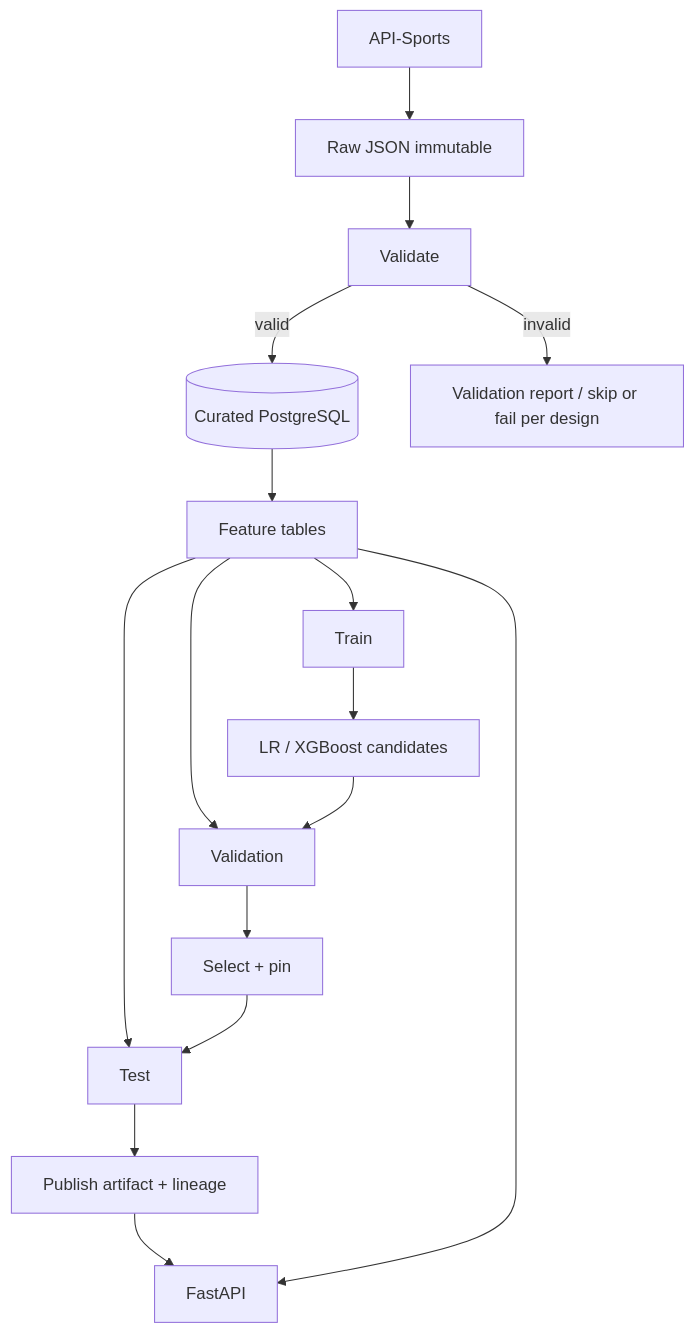
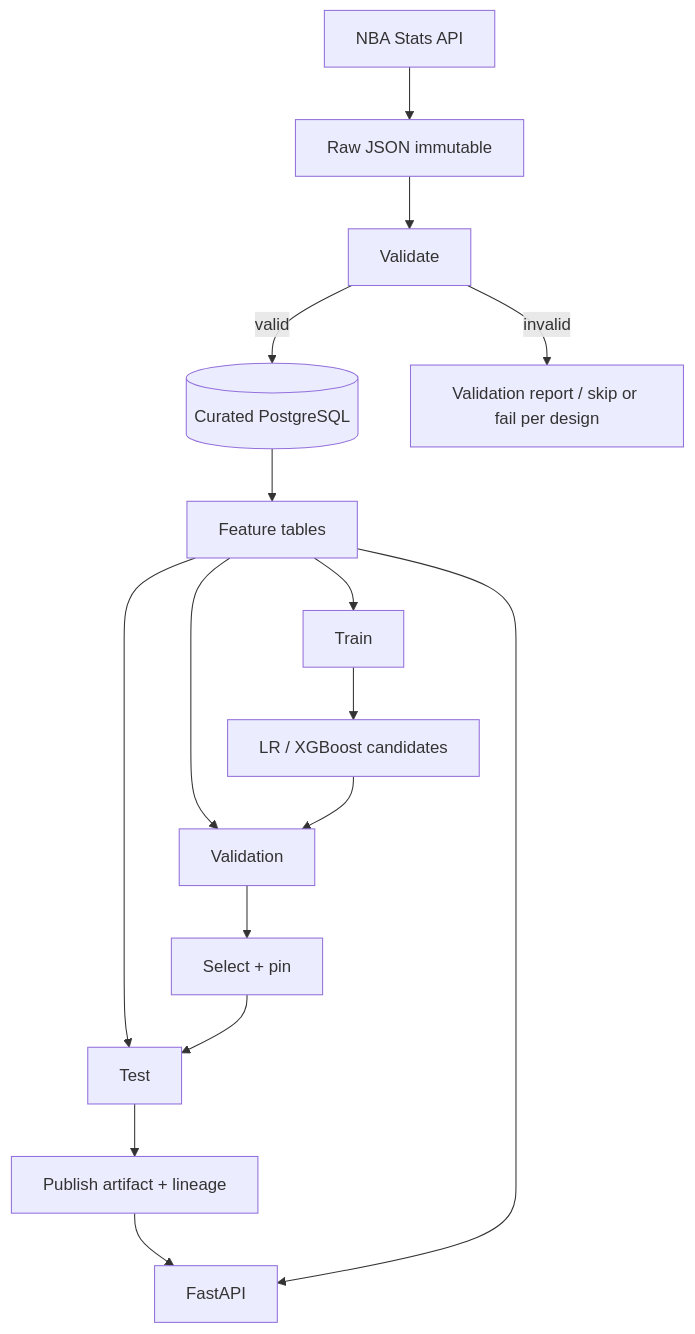
One commit to RoeeHadar/AthletIQ changed the third of 4 diagrams in docs/04-architecture/system-architecture.md. Above: the diagram before and after it, drawn with Mermaid. The commit also changed other lines of this file and 31 other files, not shown here.

First line of the commit message:
Bind live NBA ingest to the no-key NBA Stats API.

````diff
--- a/docs/04-architecture/system-architecture.md
+++ b/docs/04-architecture/system-architecture.md
@@ -96,18 +96,18 @@
 ```mermaid
 flowchart TD
-  P[API-Sports] --> R[Raw JSON immutable]
+  P[NBA Stats API] --> R[Raw JSON immutable]
   R --> V[Validate]
   V -->|valid| C[(Curated PostgreSQL)]
   V -->|invalid| VR[Validation report / skip or fail per design]
   C --> F[Feature tables]
   F --> T[Train]
   F --> Val[Validation]
   F --> Te[Test]
   T --> M[LR / XGBoost candidates]
   M --> Val
   Val --> Sel[Select + pin]
   Sel --> Te
   Te --> Pub[Publish artifact + lineage]
   Pub --> API[FastAPI]
   F --> API
 ```
````
